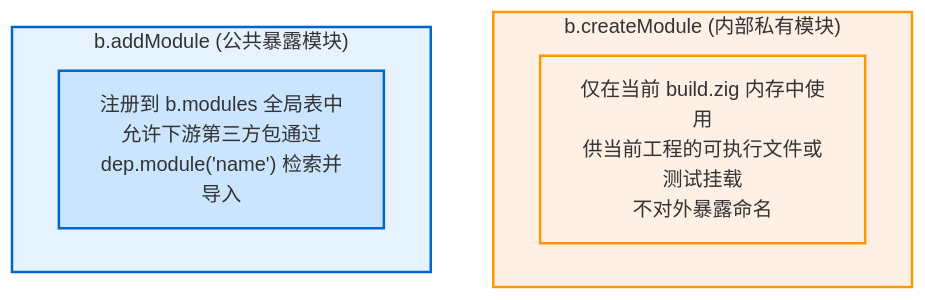
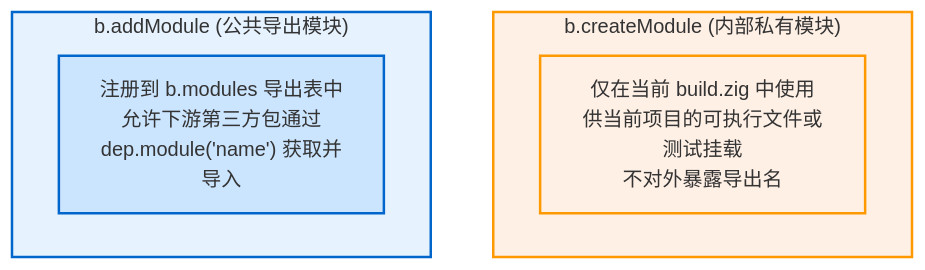
The diagram in src/part3/modules-api.md (jiacai2050/zig-build), drawn with Mermaid before and after one commit. The commit also changed other lines of this file and 23 other files, not shown here.

````diff
--- a/src/part3/modules-api.md
+++ b/src/part3/modules-api.md
@@ -11,16 +11,16 @@
 ```mermaid
 graph TD
     subgraph S_Create ["b.createModule (内部私有模块)"]
-        M_Priv["仅在当前 build.zig 内存中使用<br/>供当前工程的可执行文件或测试挂载<br/>不对外暴露命名"]
+        M_Priv["仅在当前 build.zig 中使用<br/>供当前项目的可执行文件或测试挂载<br/>不对外暴露导出名"]
     end
 
-    subgraph S_Add ["b.addModule (公共暴露模块)"]
-        M_Pub["注册到 b.modules 全局表中<br/>允许下游第三方包通过<br/>dep.module('name') 检索并导入"]
+    subgraph S_Add ["b.addModule (公共导出模块)"]
+        M_Pub["注册到 b.modules 导出表中<br/>允许下游第三方包通过<br/>dep.module('name') 获取并导入"]
     end
 
     classDef default fill:#f8f9fa,stroke:#495057;
     style S_Create fill:#fff0e6,stroke:#ff9900,stroke-width:2px;
     style S_Add fill:#e6f3ff,stroke:#0066cc,stroke-width:2px;
     style M_Priv fill:#fff0e6,stroke:#ff9900,stroke-width:2px;
     style M_Pub fill:#cce5ff,stroke:#0066cc,stroke-width:2px;
 ```
````
